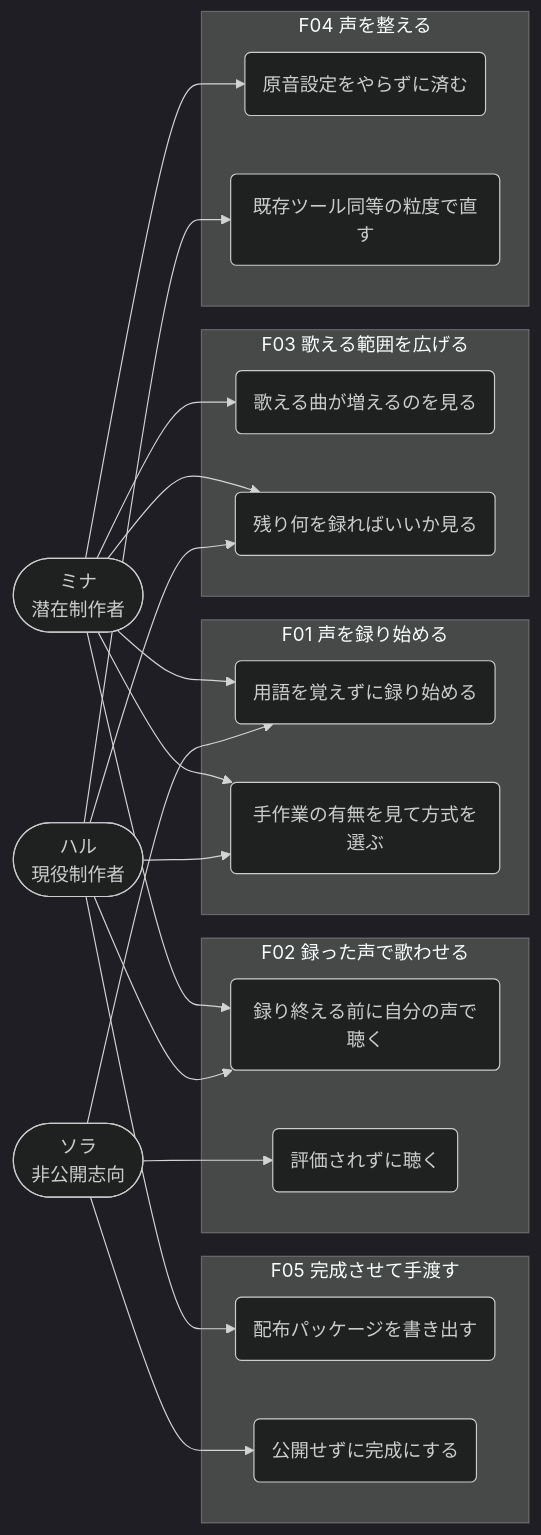
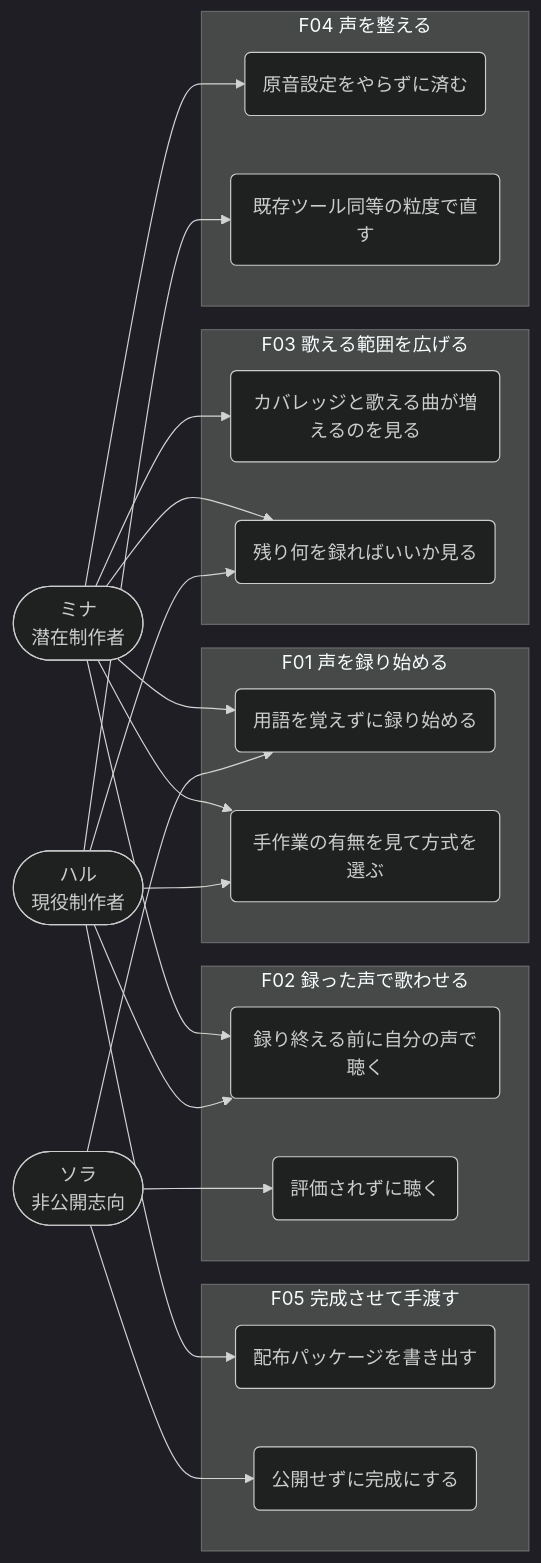
One commit to dino3616/koeru changed the first of 6 diagrams in docs/usecase-map.md. Above: the diagram before and after it, drawn with Mermaid (dark theme). The commit also changed other lines of this file and 6 other files, not shown here.

````diff
--- a/docs/usecase-map.md
+++ b/docs/usecase-map.md
@@ -60,44 +60,44 @@
 ```mermaid
 flowchart LR
   mina(["ミナ<br/>潜在制作者"])
   haru(["ハル<br/>現役制作者"])
   sora(["ソラ<br/>非公開志向"])
 
   subgraph F01["F01 声を録り始める"]
     uc101("用語を覚えずに録り始める")
     uc103("手作業の有無を見て方式を選ぶ")
   end
   subgraph F02["F02 録った声で歌わせる"]
     uc201("録り終える前に自分の声で聴く")
     uc203("評価されずに聴く")
   end
   subgraph F03["F03 歌える範囲を広げる"]
-    uc301("歌える曲が増えるのを見る")
+    uc301("カバレッジと歌える曲が増えるのを見る")
     uc303("残り何を録ればいいか見る")
   end
   subgraph F04["F04 声を整える"]
     uc401("原音設定をやらずに済む")
     uc403("既存ツール同等の粒度で直す")
   end
   subgraph F05["F05 完成させて手渡す"]
     uc501("配布パッケージを書き出す")
     uc503("公開せずに完成にする")
   end
 
   mina --> uc101
   mina --> uc103
   mina --> uc201
   mina --> uc301
   mina --> uc303
   mina --> uc401
 
   haru --> uc103
   haru --> uc201
   haru --> uc303
   haru --> uc403
   haru --> uc501
 
   sora --> uc101
   sora --> uc203
   sora --> uc503
 ```
````
